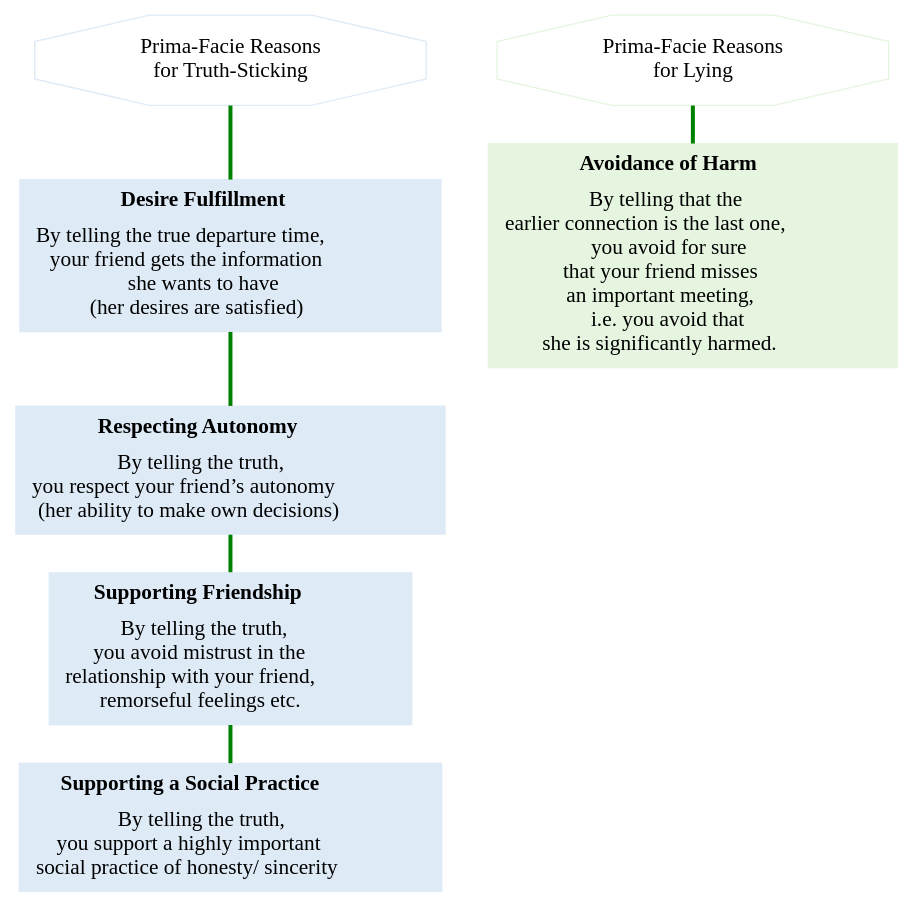
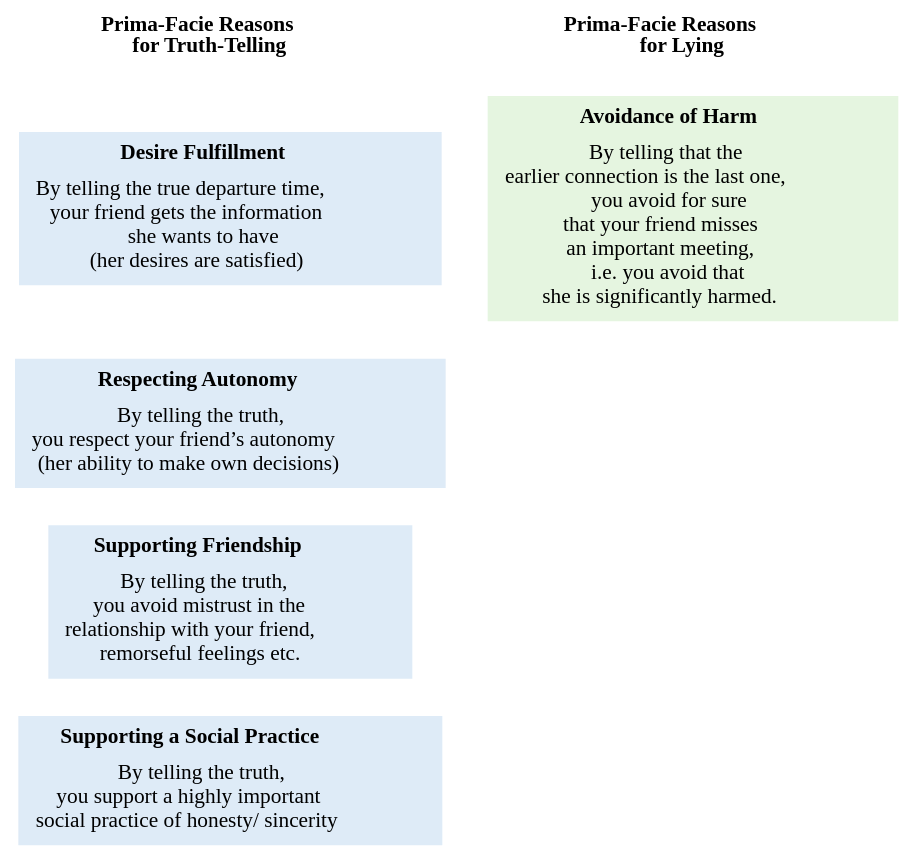
The diagram in Graphics/pf-reasons-lying-example.dot (JenkaUbuntu/twon-website-mockup.github.io), drawn with Graphviz before and after one commit. The commit also changed 11 other files, not shown here.

```diff
--- a/Graphics/pf-reasons-lying-example.dot
+++ b/Graphics/pf-reasons-lying-example.dot
@@ -1,85 +1,85 @@
 digraph PFR {
   graph [newrank = true,
 		nodesep = 0.5,
 		ranksep = 0.4,
 		overlap = false,
 		splines = ortho,]
  
  edge [arrowhead = none,
-		arrowsize = 1,
+		arrowsize = 0,
 		labelfontname = "Ubuntu",
-		weight = 10,
-		style = "filled,setlinewidth(3)",
+		weight = 1,
+		style = "invis" /*"filled,setlinewidth(3)",*/
 		/*color=black*/]
 
   /* Entities */
 subgraph pro_truth {
     node [fixedsize = false,
 		fontsize = 16,
 		height = 1,
 		shape = box,
 		style = "filled,setlinewidth(1)",
 		width = 1,
 		color="#deebf7"]
   PFRT [
-    shape=octagon
-    label="Prima-Facie Reasons \nfor Truth-Sticking"
+    label= <<b>Prima-Facie Reasons <br/>for Truth-Telling</b>>
+    shape=plain
     fillcolor="white",
     width=1
     height=.8];
 
   DF [label=<
       <table border='0' cellborder='0' cellspacing='0' cellpadding='4'>
         <tr><td><b>Desire Fulfillment</b></td></tr>
         <tr><td align="left">By telling the true departure time, <br/>your friend gets the information <br/>she wants to have <br/>(her desires are satisfied)</td></tr>
       </table>>]
 
   AUT [label=<
       <table border='0' cellborder='0' cellspacing='0' cellpadding='4'>
         <tr><td><b>Respecting Autonomy</b></td></tr>
         <tr><td align="left">By telling the truth, <br/>you respect your friend’s autonomy <br/>(her ability to make own decisions)</td></tr>
       </table>>]
 
    SinR [label=<
       <table border='0' cellborder='0' cellspacing='0' cellpadding='4'>
         <tr><td><b>Supporting Friendship</b></td></tr>
         <tr><td align="left">By telling the truth,<br/>you avoid mistrust in the<br/>relationship with your friend, <br/>remorseful feelings etc.</td></tr>
       </table>>]
    SocPr [label=<
       <table border='0' cellborder='0' cellspacing='0' cellpadding='4'>
         <tr><td><b>Supporting a Social Practice</b></td></tr>
         <tr><td align="left">By telling the truth, <br/>you support a highly important <br/>social practice of honesty/ sincerity</td></tr>
       </table>>]
 }
  
 subgraph pro_lying {
     node [fixedsize = false,
 		fontsize = 16,
 		height = 1,
 		shape = box,
 		style = "filled,setlinewidth(1)",
 		width = 1,
 		color="#e5f5e0"]
    PFRL [
-    shape=octagon
-    label="Prima-Facie Reasons \nfor Lying"
+    shape=plain
+    label=<<b>Prima-Facie Reasons <br/>for Lying</b>>
     fillcolor="white",
     width=1
     height=.8];
 
    AH [label=<
       <table border='0' cellborder='0' cellspacing='0' cellpadding='4'>
         <tr><td><b>Avoidance of Harm</b></td></tr>
         <tr><td align="left">By telling that the <br/>earlier connection is the last one, <br/>you avoid for sure <br/>that your friend misses <br/>an important meeting, <br/>i.e. you avoid that <br/>she is significantly harmed.</td></tr>
       </table>>]
 }
 
  
   /* Relationships */
-  PFRT -> DF -> AUT -> SinR -> SocPr [color=green]
+  PFRT -> DF -> AUT -> SinR -> SocPr [color=white]
   PFRL -> AH [color=green]
 
 
   /* Ranks */
   /* { rank=|same,min,max,# max is bottom|; shortName; }; */
 }
```
